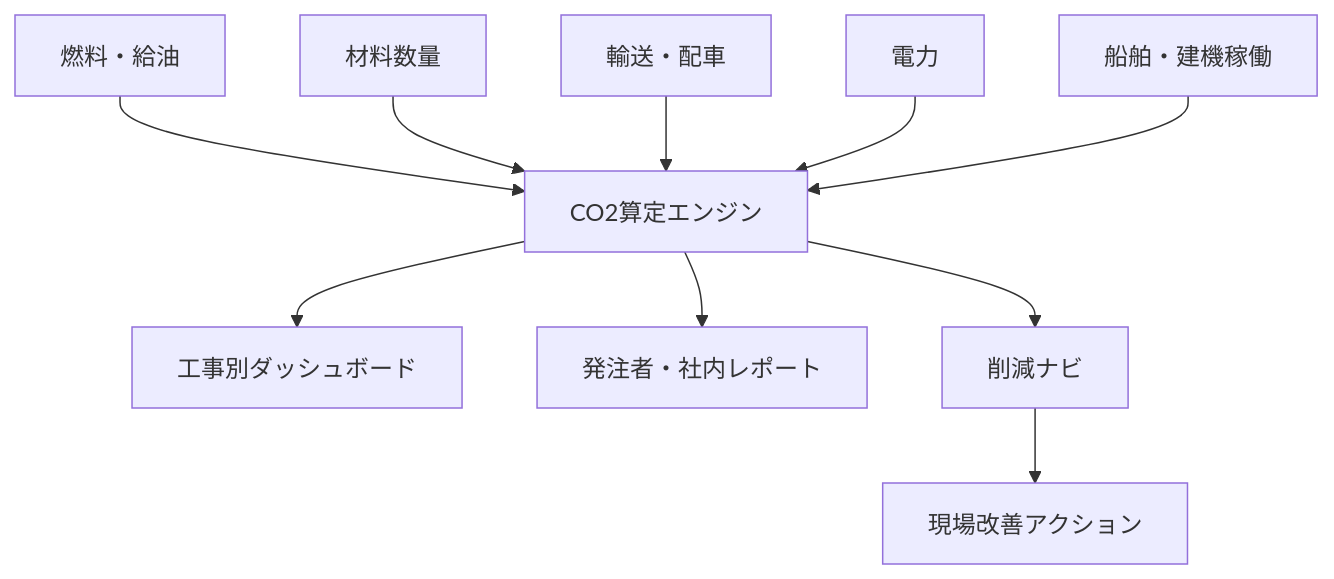
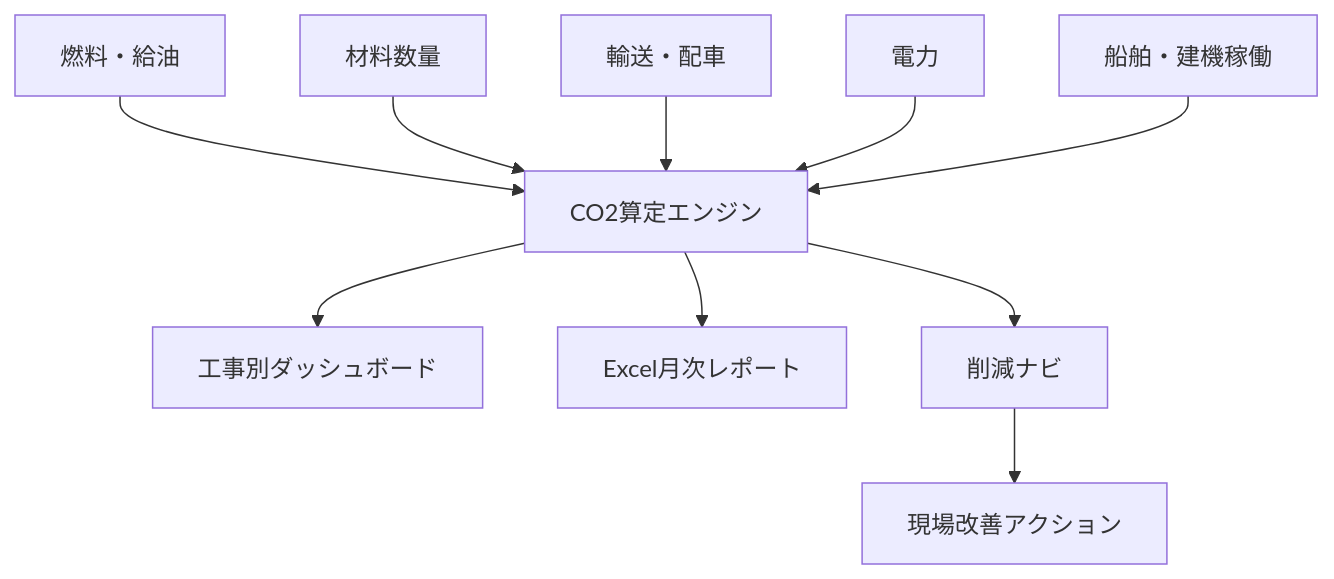
The first of 2 diagrams in README.md (Kensan196948G/MIRAI_Site_Carbon_Navigator), drawn with Mermaid before and after one commit. The commit also changed other lines of this file and 34 other files, not shown here.

````diff
--- a/README.md
+++ b/README.md
@@ -11,12 +11,12 @@
 ```mermaid
 flowchart TB
   Fuel["燃料・給油"] --> Calc["CO2算定エンジン"]
   Material["材料数量"] --> Calc
   Transport["輸送・配車"] --> Calc
   Power["電力"] --> Calc
   Machine["船舶・建機稼働"] --> Calc
   Calc --> Dashboard["工事別ダッシュボード"]
-  Calc --> Report["発注者・社内レポート"]
+  Calc --> Report["Excel月次レポート"]
   Calc --> Navi["削減ナビ"]
   Navi --> Action["現場改善アクション"]
 ```
````
